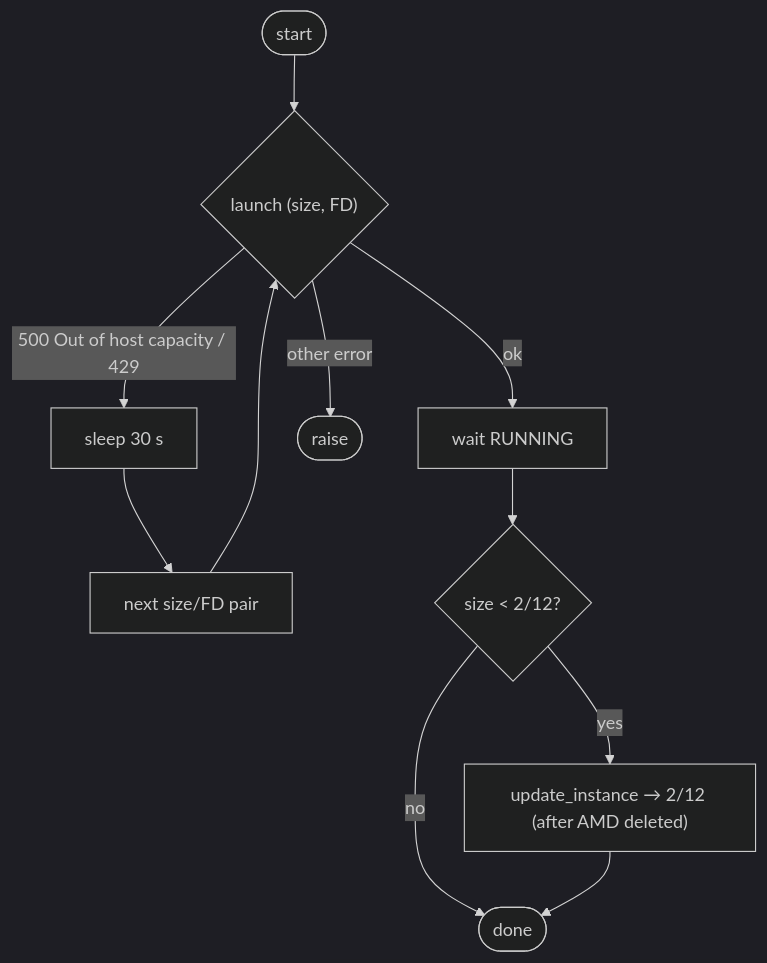
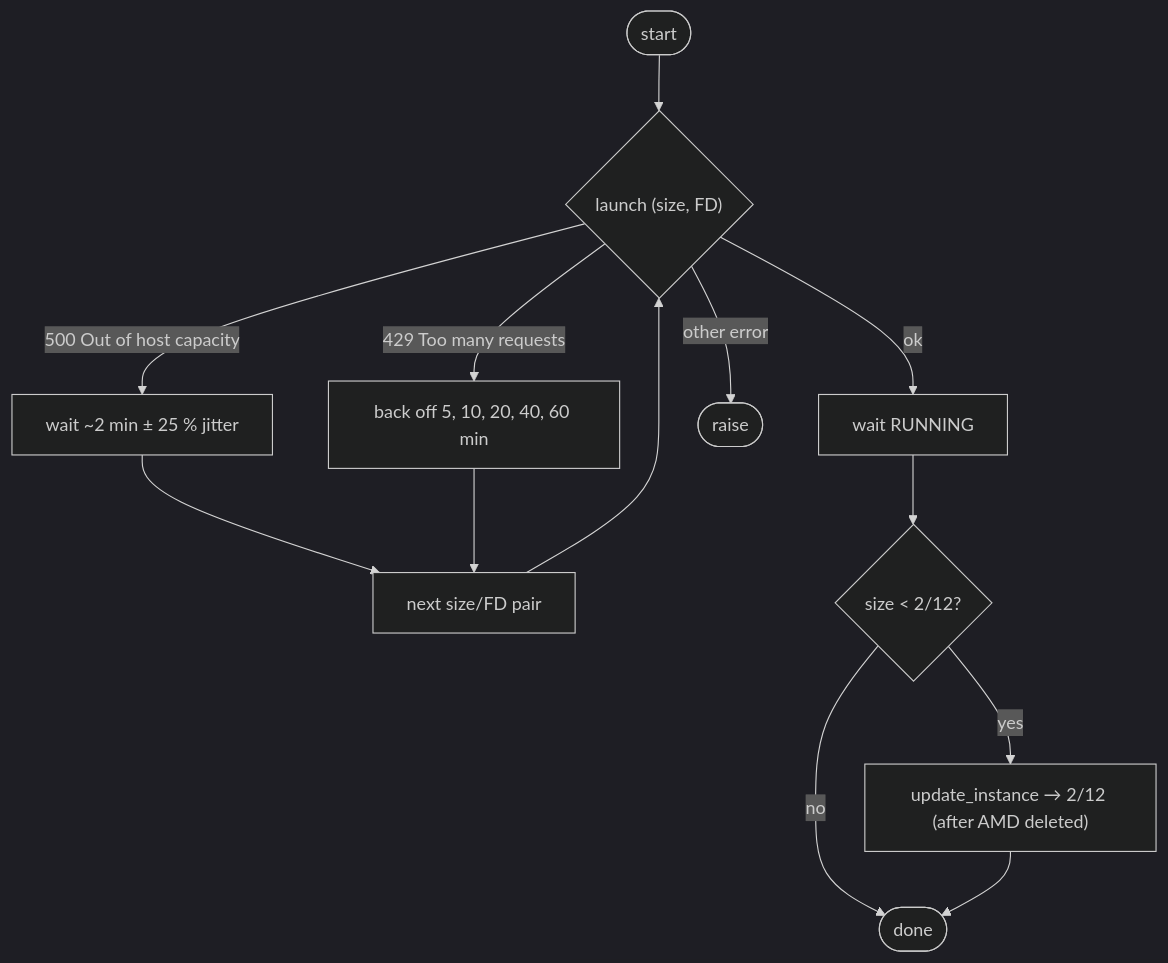
The second of 2 diagrams in docs/05-provisioning.md (855princekumar/zero-cost-paas), drawn with Mermaid (dark theme) before and after one commit. The commit also changed 2 other files, not shown here.

Commit message:
Migrator: polite capacity polling per OCI API guidance
- One launch attempt every ~2 min with +/-25% jitter (was every 30 s)
- On 429 TooManyRequests: exponential backoff 5, 10, 20, 40, 60 min,
  reset after the next clean response
- Network errors wait longer instead of retrying immediately
- Docs: provisioning flow and troubleshooting updated

````diff
--- a/docs/05-provisioning.md
+++ b/docs/05-provisioning.md
@@ -97,11 +97,12 @@
 ```mermaid
 flowchart TD
     S([start]) --> L{"launch (size, FD)"}
     L -->|ok| R[wait RUNNING]
-    L -->|"500 Out of host capacity / 429"| W[sleep 30 s] --> N[next size/FD pair] --> L
+    L -->|"500 Out of host capacity"| W["wait ~2 min ± 25 % jitter"] --> N[next size/FD pair] --> L
+    L -->|"429 Too many requests"| B["back off 5, 10, 20, 40, 60 min"] --> N
     L -->|other error| X([raise])
     R --> G{"size < 2/12?"}
     G -->|yes| U["update_instance → 2/12 (after AMD deleted)"]
     G -->|no| D([done])
     U --> D
 ```
````
